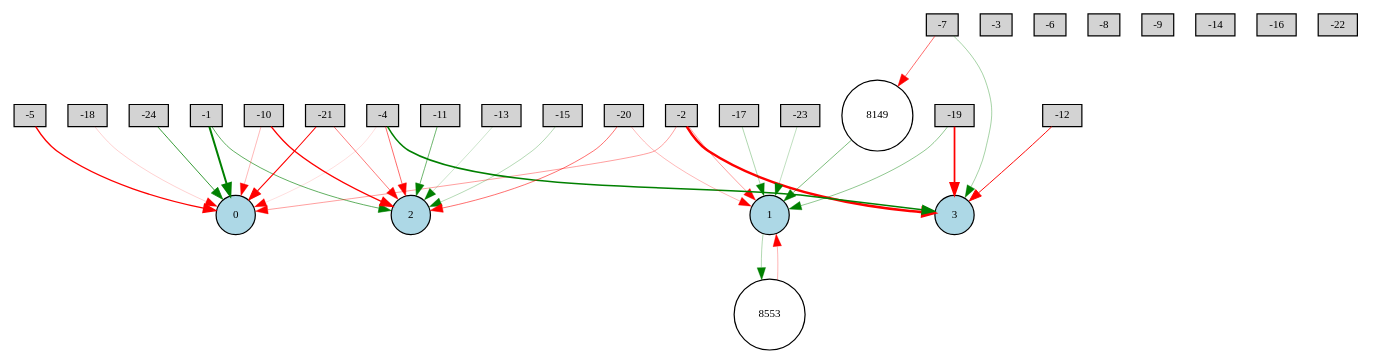
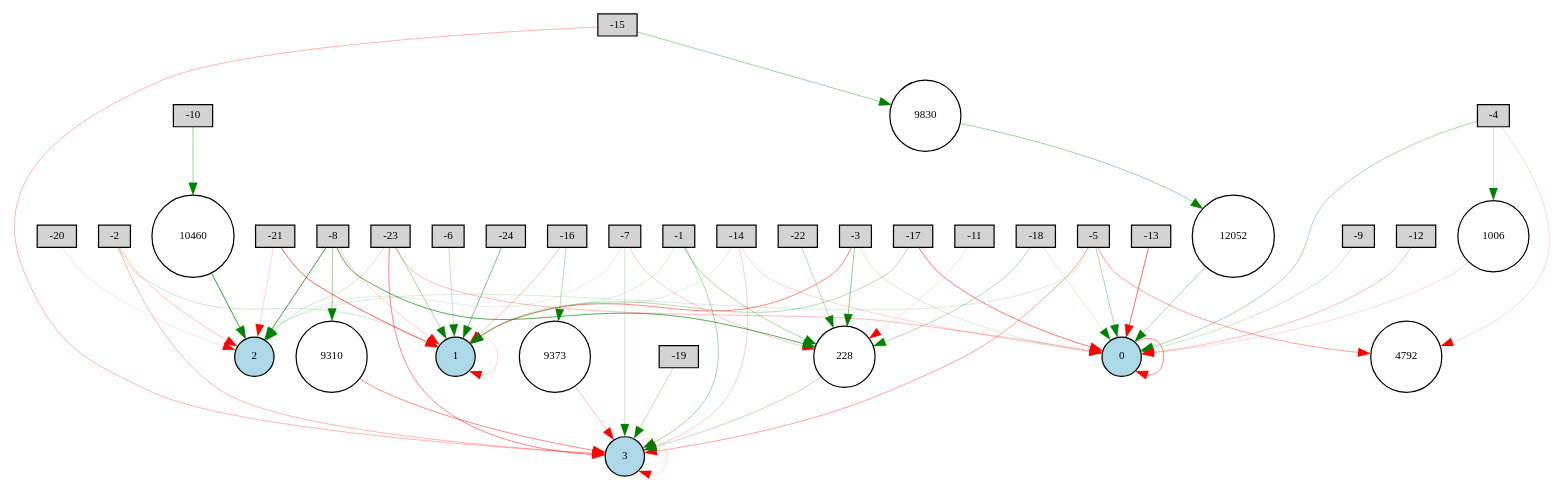
Before and after one commit to yoshinobc/EA: the diagram in experiment/Bipedalwalker/neat/180net-enabled.gv, drawn with Graphviz. The commit also changed 277 other files, not shown here.

```diff
--- a/experiment/Bipedalwalker/neat/180net-enabled.gv
+++ b/experiment/Bipedalwalker/neat/180net-enabled.gv
@@ -1,63 +1,99 @@
 digraph {
 	node [fontsize=9 height=0.2 shape=circle width=0.2]
 	-1 [fillcolor=lightgray shape=box style=filled]
 	-2 [fillcolor=lightgray shape=box style=filled]
 	-3 [fillcolor=lightgray shape=box style=filled]
 	-4 [fillcolor=lightgray shape=box style=filled]
 	-5 [fillcolor=lightgray shape=box style=filled]
 	-6 [fillcolor=lightgray shape=box style=filled]
 	-7 [fillcolor=lightgray shape=box style=filled]
 	-8 [fillcolor=lightgray shape=box style=filled]
 	-9 [fillcolor=lightgray shape=box style=filled]
 	-10 [fillcolor=lightgray shape=box style=filled]
 	-11 [fillcolor=lightgray shape=box style=filled]
 	-12 [fillcolor=lightgray shape=box style=filled]
 	-13 [fillcolor=lightgray shape=box style=filled]
 	-14 [fillcolor=lightgray shape=box style=filled]
 	-15 [fillcolor=lightgray shape=box style=filled]
 	-16 [fillcolor=lightgray shape=box style=filled]
 	-17 [fillcolor=lightgray shape=box style=filled]
 	-18 [fillcolor=lightgray shape=box style=filled]
 	-19 [fillcolor=lightgray shape=box style=filled]
 	-20 [fillcolor=lightgray shape=box style=filled]
 	-21 [fillcolor=lightgray shape=box style=filled]
 	-22 [fillcolor=lightgray shape=box style=filled]
 	-23 [fillcolor=lightgray shape=box style=filled]
 	-24 [fillcolor=lightgray shape=box style=filled]
 	0 [fillcolor=lightblue style=filled]
 	1 [fillcolor=lightblue style=filled]
 	2 [fillcolor=lightblue style=filled]
 	3 [fillcolor=lightblue style=filled]
-	8553 [fillcolor=white style=filled]
-	8149 [fillcolor=white style=filled]
-	-20 -> 2 [color=red penwidth=0.4618439589295713 style=solid]
-	-10 -> 2 [color=red penwidth=1.1484728892261051 style=solid]
-	-2 -> 0 [color=red penwidth=0.31437455861177815 style=solid]
-	-19 -> 3 [color=red penwidth=1.4170043141664443 style=solid]
-	-15 -> 2 [color=green penwidth=0.2438631137538377 style=solid]
-	-4 -> 2 [color=red penwidth=0.47918037412912495 style=solid]
-	-1 -> 0 [color=green penwidth=1.6452692444590866 style=solid]
-	-2 -> 1 [color=red penwidth=0.3112120113921809 style=solid]
-	-4 -> 3 [color=green penwidth=1.207211076155504 style=solid]
-	-21 -> 0 [color=red penwidth=0.8900732183726126 style=solid]
-	1 -> 8553 [color=green penwidth=0.24984940648590068 style=solid]
-	-13 -> 2 [color=green penwidth=0.16741348456119254 style=solid]
-	-10 -> 0 [color=red penwidth=0.22738123359070495 style=solid]
-	-7 -> 3 [color=green penwidth=0.2874199753822008 style=solid]
-	-5 -> 0 [color=red penwidth=1.1143931220246819 style=solid]
-	-19 -> 1 [color=green penwidth=0.35701097261209314 style=solid]
-	-1 -> 2 [color=green penwidth=0.5100626827678749 style=solid]
-	-4 -> 0 [color=red penwidth=0.10695624140548343 style=solid]
-	8553 -> 1 [color=red penwidth=0.23706150723771188 style=solid]
-	-20 -> 1 [color=red penwidth=0.23050368499420082 style=solid]
-	-23 -> 1 [color=green penwidth=0.2147131593620501 style=solid]
-	-12 -> 3 [color=red penwidth=0.7771471300436706 style=solid]
-	-2 -> 3 [color=red penwidth=2.065829093113279 style=solid]
-	8149 -> 1 [color=green penwidth=0.4242057037697826 style=solid]
-	-21 -> 2 [color=red penwidth=0.4252131811612161 style=solid]
-	-24 -> 0 [color=green penwidth=0.6417538455774743 style=solid]
-	-11 -> 2 [color=green penwidth=0.4694662080416674 style=solid]
-	-17 -> 1 [color=green penwidth=0.2553693434784351 style=solid]
-	-18 -> 0 [color=red penwidth=0.15433647593822275 style=solid]
-	-7 -> 8149 [color=red penwidth=0.4808570775664319 style=solid]
+	228 [fillcolor=white style=filled]
+	9830 [fillcolor=white style=filled]
+	1006 [fillcolor=white style=filled]
+	12052 [fillcolor=white style=filled]
+	4792 [fillcolor=white style=filled]
+	10460 [fillcolor=white style=filled]
+	9373 [fillcolor=white style=filled]
+	9310 [fillcolor=white style=filled]
+	-20 -> 2 [color=red penwidth=0.10304909290492882 style=solid]
+	-23 -> 0 [color=red penwidth=0.22309356606591063 style=solid]
+	-5 -> 4792 [color=red penwidth=0.3140291596137137 style=solid]
+	-19 -> 3 [color=green penwidth=0.2084680287964225 style=solid]
+	-24 -> 1 [color=green penwidth=0.4031086966544659 style=solid]
+	-12 -> 0 [color=red penwidth=0.2159662094750532 style=solid]
+	-21 -> 1 [color=red penwidth=0.5059834286140459 style=solid]
+	-1 -> 228 [color=green penwidth=0.2617011821474322 style=solid]
+	-8 -> 1 [color=red penwidth=0.16096483517630455 style=solid]
+	-14 -> 3 [color=red penwidth=0.16834578342125472 style=solid]
+	12052 -> 0 [color=green penwidth=0.2721900480127993 style=solid]
+	-8 -> 9310 [color=green penwidth=0.30000000000000004 style=solid]
+	-2 -> 1 [color=green penwidth=0.1602386281739876 style=solid]
+	3 -> 3 [color=red penwidth=0.1080543415842965 style=solid]
+	-23 -> 3 [color=red penwidth=0.3896651981412257 style=solid]
+	-5 -> 3 [color=red penwidth=0.300044361028846 style=solid]
+	-23 -> 2 [color=green penwidth=0.15939670893852081 style=solid]
+	-8 -> 2 [color=green penwidth=0.6161092083581813 style=solid]
+	-18 -> 228 [color=green penwidth=0.24394085470619814 style=solid]
+	-4 -> 1006 [color=green penwidth=0.1521093519007319 style=solid]
+	-7 -> 3 [color=green penwidth=0.16766585139502793 style=solid]
+	1 -> 1 [color=red penwidth=0.13316568834062295 style=solid]
+	-18 -> 0 [color=green penwidth=0.12461788079075492 style=solid]
+	-5 -> 0 [color=green penwidth=0.26036140678620223 style=solid]
+	0 -> 0 [color=red penwidth=0.36566857707049105 style=solid]
+	-22 -> 228 [color=green penwidth=0.22980781574516815 style=solid]
+	9310 -> 3 [color=red penwidth=0.3819459944168663 style=solid]
+	-17 -> 0 [color=red penwidth=0.4443897215279229 style=solid]
+	-2 -> 2 [color=red penwidth=0.19716025003703436 style=solid]
+	-1 -> 1 [color=green penwidth=0.1280190071904174 style=solid]
+	-8 -> 228 [color=green penwidth=0.5399664585106867 style=solid]
+	-16 -> 1 [color=red penwidth=0.22191229728806572 style=solid]
+	-3 -> 1 [color=red penwidth=0.3889377374148054 style=solid]
+	-11 -> 228 [color=red penwidth=0.11391800799909857 style=solid]
+	-9 -> 0 [color=green penwidth=0.1713076397810931 style=solid]
+	228 -> 3 [color=green penwidth=0.21866455722612535 style=solid]
+	-4 -> 0 [color=green penwidth=0.25665343873670665 style=solid]
+	-7 -> 2 [color=green penwidth=0.1119306390091128 style=solid]
+	-10 -> 10460 [color=green penwidth=0.30000000000000004 style=solid]
+	-3 -> 228 [color=green penwidth=0.34702728906091973 style=solid]
+	9373 -> 3 [color=red penwidth=0.19663887184393752 style=solid]
+	-4 -> 4792 [color=red penwidth=0.13401489137553674 style=solid]
+	-14 -> 0 [color=red penwidth=0.145359741332825 style=solid]
+	-6 -> 1 [color=green penwidth=0.19406876498313164 style=solid]
+	-15 -> 9830 [color=green penwidth=0.30000000000000004 style=solid]
+	-23 -> 1 [color=green penwidth=0.27799539887076746 style=solid]
+	-7 -> 228 [color=red penwidth=0.18368900233582616 style=solid]
+	9830 -> 12052 [color=green penwidth=0.30000000000000004 style=solid]
+	-2 -> 3 [color=red penwidth=0.24319970955606274 style=solid]
+	-21 -> 2 [color=red penwidth=0.14006435791605837 style=solid]
+	-3 -> 0 [color=green penwidth=0.1398267463418111 style=solid]
+	-17 -> 1 [color=green penwidth=0.2377873567257699 style=solid]
+	10460 -> 2 [color=green penwidth=0.6497349468632901 style=solid]
+	-15 -> 3 [color=red penwidth=0.23944056981997797 style=solid]
+	-16 -> 9373 [color=green penwidth=0.22896284204952455 style=solid]
+	1006 -> 0 [color=red penwidth=0.12700564536533154 style=solid]
+	-13 -> 0 [color=red penwidth=0.48356576185805755 style=solid]
+	-5 -> 2 [color=green penwidth=0.12578117076221154 style=solid]
+	-14 -> 1 [color=green penwidth=0.11352097949120102 style=solid]
+	-1 -> 3 [color=green penwidth=0.2824671332020907 style=solid]
 }
```
